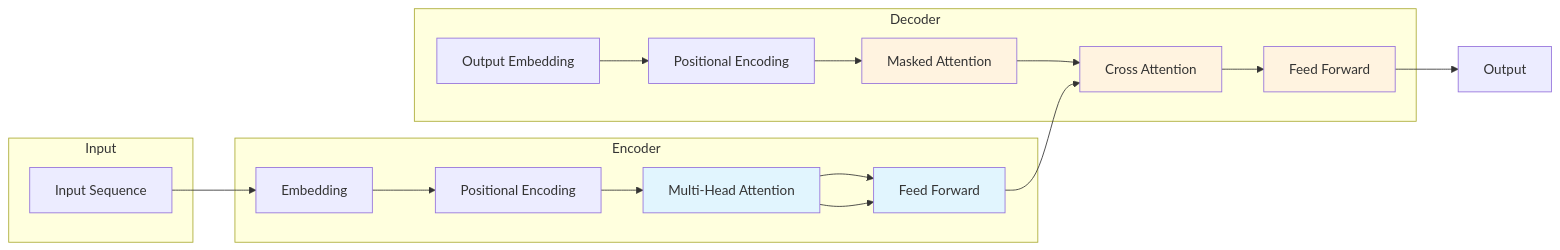
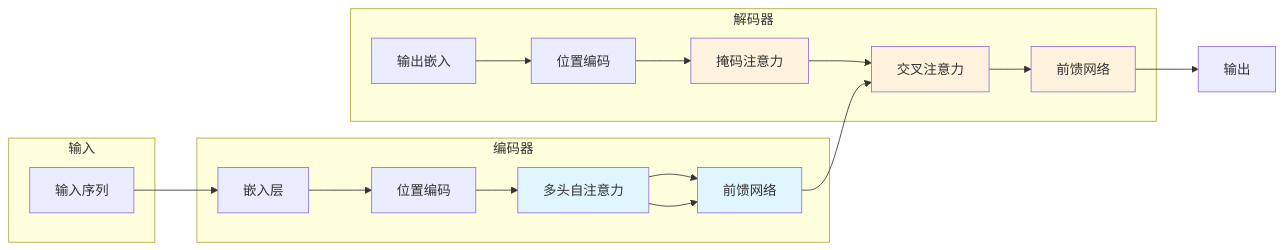
Before and after one commit to Zheng-Enci/Knoweledges: the second of 2 diagrams in 一起学Transformer/01-Transformer基础概念.md, drawn with Mermaid.

Commit message:
feat: 图表改为中文标注

````diff
--- a/一起学Transformer/01-Transformer基础概念.md
+++ b/一起学Transformer/01-Transformer基础概念.md
@@ -78,25 +78,25 @@
 ```mermaid
 flowchart LR
-    subgraph Input
-    I[Input Sequence]
+    subgraph 输入
+    I[输入序列]
     end
     
-    subgraph Encoder
-    E1[Embedding] --> E2[Positional Encoding] --> E3[Multi-Head Attention] --> E4[Feed Forward]
+    subgraph 编码器
+    E1[嵌入层] --> E2[位置编码] --> E3[多头自注意力] --> E4[前馈网络]
     E3 --> E4
     end
     
-    subgraph Decoder
-    D1[Output Embedding] --> D2[Positional Encoding] --> D3[Masked Attention] --> D4[Cross Attention] --> D5[Feed Forward]
+    subgraph 解码器
+    D1[输出嵌入] --> D2[位置编码] --> D3[掩码注意力] --> D4[交叉注意力] --> D5[前馈网络]
     end
     
     I --> E1
     E4 --> D4
-    D5 --> O[Output]
+    D5 --> O[输出]
     
     style E3 fill:#e1f5fe
     style E4 fill:#e1f5fe
     style D3 fill:#fff3e0
     style D4 fill:#fff3e0
     style D5 fill:#fff3e0
 ```
````
